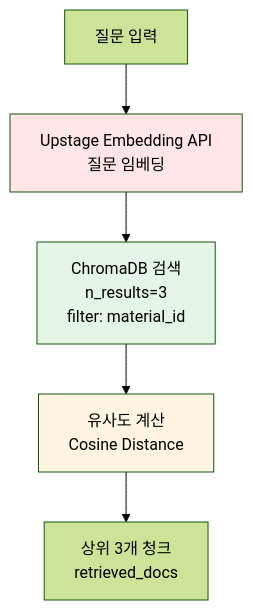
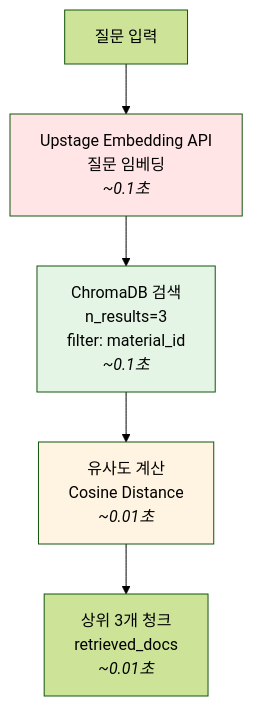
The ninth of 18 diagrams in QA_WORKFLOW.md (dkqpeo/obsidian), drawn with Mermaid (forest theme) before and after one commit. The commit also changed other lines of this file and 1 other file, not shown here.

Commit message:
다이어그램 추가.

````diff
--- a/QA_WORKFLOW.md
+++ b/QA_WORKFLOW.md
@@ -137,11 +163,11 @@
 ```mermaid
 flowchart TD
-    A[질문 입력] --> B[Upstage Embedding API<br/>질문 임베딩]
-    B --> C[ChromaDB 검색<br/>n_results=3<br/>filter: material_id]
-    C --> D[유사도 계산<br/>Cosine Distance]
-    D --> E[상위 3개 청크<br/>retrieved_docs]
+    A[질문 입력] --> B[Upstage Embedding API<br/>질문 임베딩<br/><i>~0.1초</i>]
+    B --> C[ChromaDB 검색<br/>n_results=3<br/>filter: material_id<br/><i>~0.1초</i>]
+    C --> D[유사도 계산<br/>Cosine Distance<br/><i>~0.01초</i>]
+    D --> E[상위 3개 청크<br/>retrieved_docs<br/><i>~0.01초</i>]
 
     style B fill:#ffe5e5
     style C fill:#e5f5e5
     style D fill:#fff4e1
 ```
````
